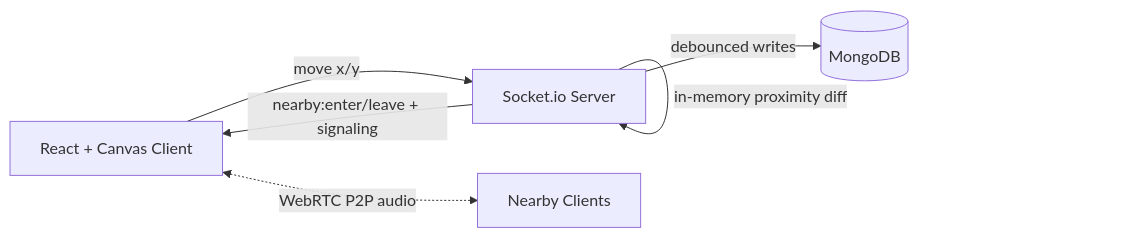
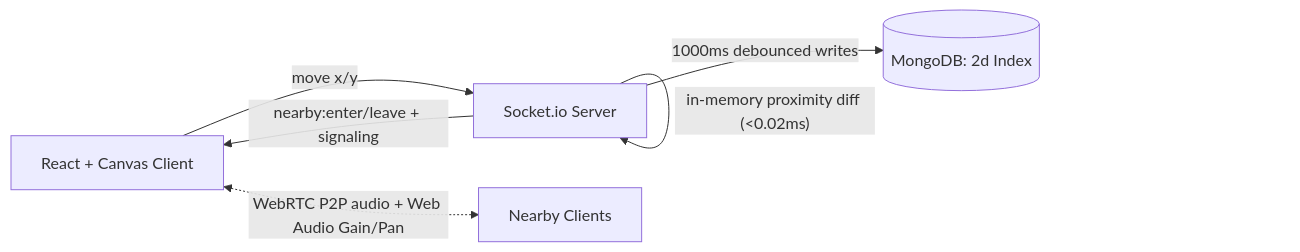
One commit to ABHAY-AVA2005/ProxiSpeak-project-Group-10--INFOTACT- changed the first of 2 diagrams in README.md. Above: the diagram before and after it, drawn with Mermaid. The commit also changed other lines of this file and 1 other file, not shown here.

````diff
--- a/README.md
+++ b/README.md
@@ -38,8 +71,8 @@
 ```mermaid
 flowchart LR
     A[React + Canvas Client] -- move x/y --> B[Socket.io Server]
-    B -- in-memory proximity diff --> B
-    B -- debounced writes --> C[(MongoDB)]
+    B -- in-memory proximity diff (<0.02ms) --> B
+    B -- 1000ms debounced writes --> C[(MongoDB: 2d Index)]
     B -- nearby:enter/leave + signaling --> A
-    A <-. WebRTC P2P audio .-> E[Nearby Clients]
+    A <-. WebRTC P2P audio + Web Audio Gain/Pan .-> E[Nearby Clients]
 ```
````
